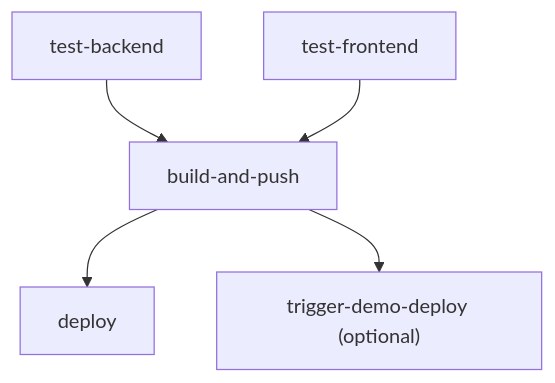
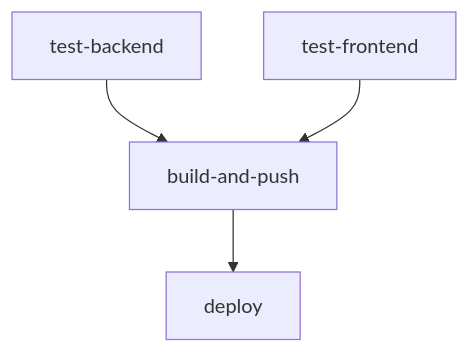
One commit to health-assistant-io/health-assistant changed the diagram in docs/CI_CD_SETUP.md. Above: the diagram before and after it, drawn with Mermaid. The commit also changed other lines of this file and 1 other file, not shown here.

First line of the commit message:
ci(deploy): drop trigger-demo-deploy — the demo deploys from its own repo

````diff
--- a/docs/CI_CD_SETUP.md
+++ b/docs/CI_CD_SETUP.md
@@ -11,7 +11,6 @@
 ```mermaid
 flowchart TD
     A[test-backend] --> C[build-and-push]
     B[test-frontend] --> C
     C --> D[deploy]
-    C --> E["trigger-demo-deploy (optional)"]
 ```
````
